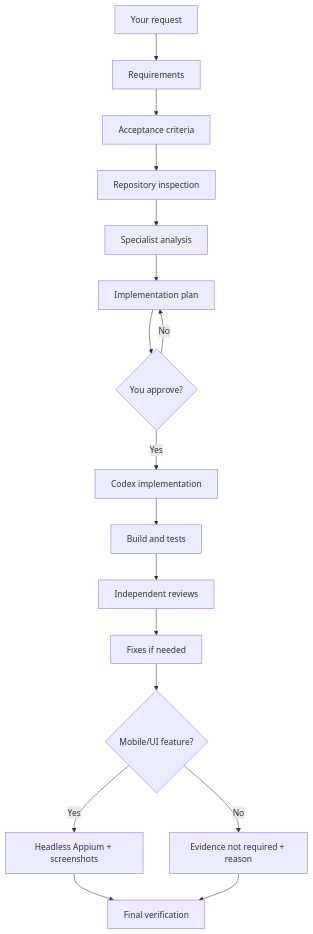
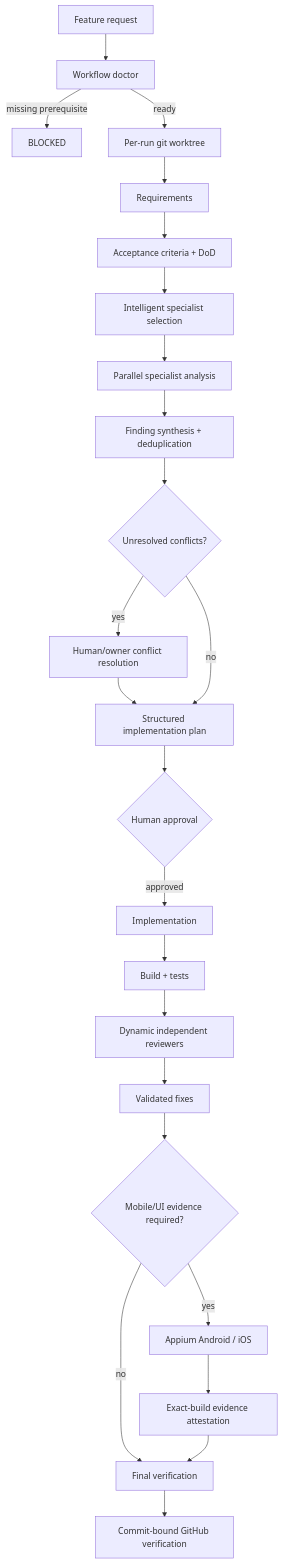
The diagram in README.md (mohamedma872/ai-agent-workflow-kit), drawn with Mermaid before and after one commit. The commit also changed other lines of this file and 102 other files, not shown here.

````diff
--- a/README.md
+++ b/README.md
@@ -59,19 +44,32 @@
 ```mermaid
 flowchart TD
-    A[Your request] --> B[Requirements]
-    B --> C[Acceptance criteria]
-    C --> D[Repository inspection]
-    D --> E[Specialist analysis]
-    E --> F[Implementation plan]
-    F --> G{You approve?}
-    G -->|No| F
-    G -->|Yes| H[Codex implementation]
-    H --> I[Build and tests]
-    I --> J[Independent reviews]
-    J --> K[Fixes if needed]
-    K --> M{Mobile/UI feature?}
-    M -->|Yes| N[Headless Appium + screenshots]
-    M -->|No| O[Evidence not required + reason]
-    N --> L[Final verification]
-    O --> L
+    A[Feature request] --> D[Workflow doctor]
+    D -->|missing prerequisite| X[BLOCKED]
+    D -->|ready| W[Per-run git worktree]
+
+    W --> R[Requirements]
+    R --> AC[Acceptance criteria + DoD]
+    AC --> S[Intelligent specialist selection]
+
+    S --> AN[Parallel specialist analysis]
+    AN --> SY[Finding synthesis + deduplication]
+    SY --> C{Unresolved conflicts?}
+    C -->|yes| HR[Human/owner conflict resolution]
+    HR --> P
+    C -->|no| P[Structured implementation plan]
+
+    P --> H{Human approval}
+    H -->|approved| I[Implementation]
+    I --> T[Build + tests]
+
+    T --> RS[Dynamic independent reviewers]
+    RS --> F[Validated fixes]
+
+    F --> M{Mobile/UI evidence required?}
+    M -->|yes| AP[Appium Android / iOS]
+    AP --> E[Exact-build evidence attestation]
+    M -->|no| FV[Final verification]
+    E --> FV
+
+    FV --> G[Commit-bound GitHub verification]
 ```
````
